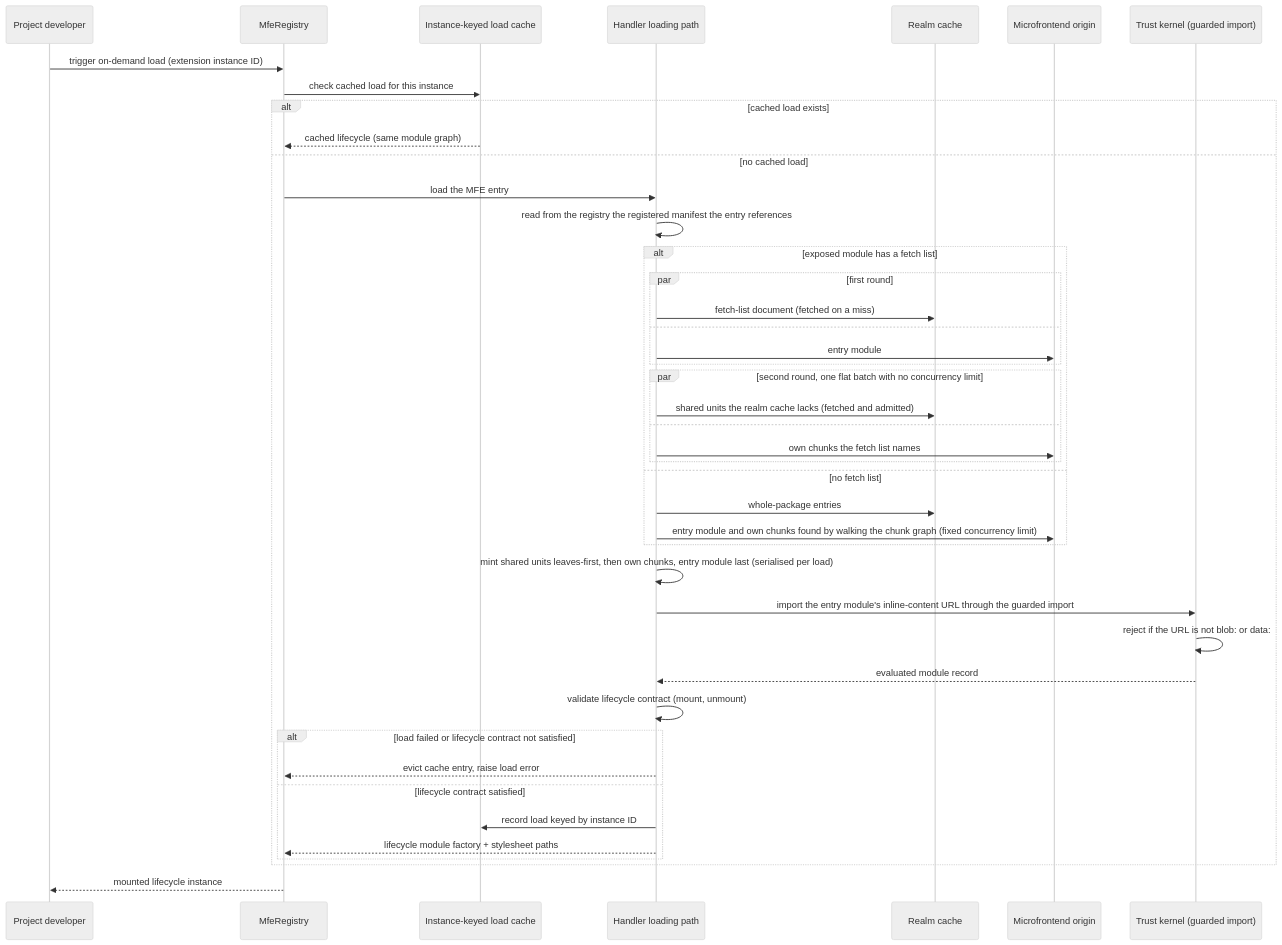
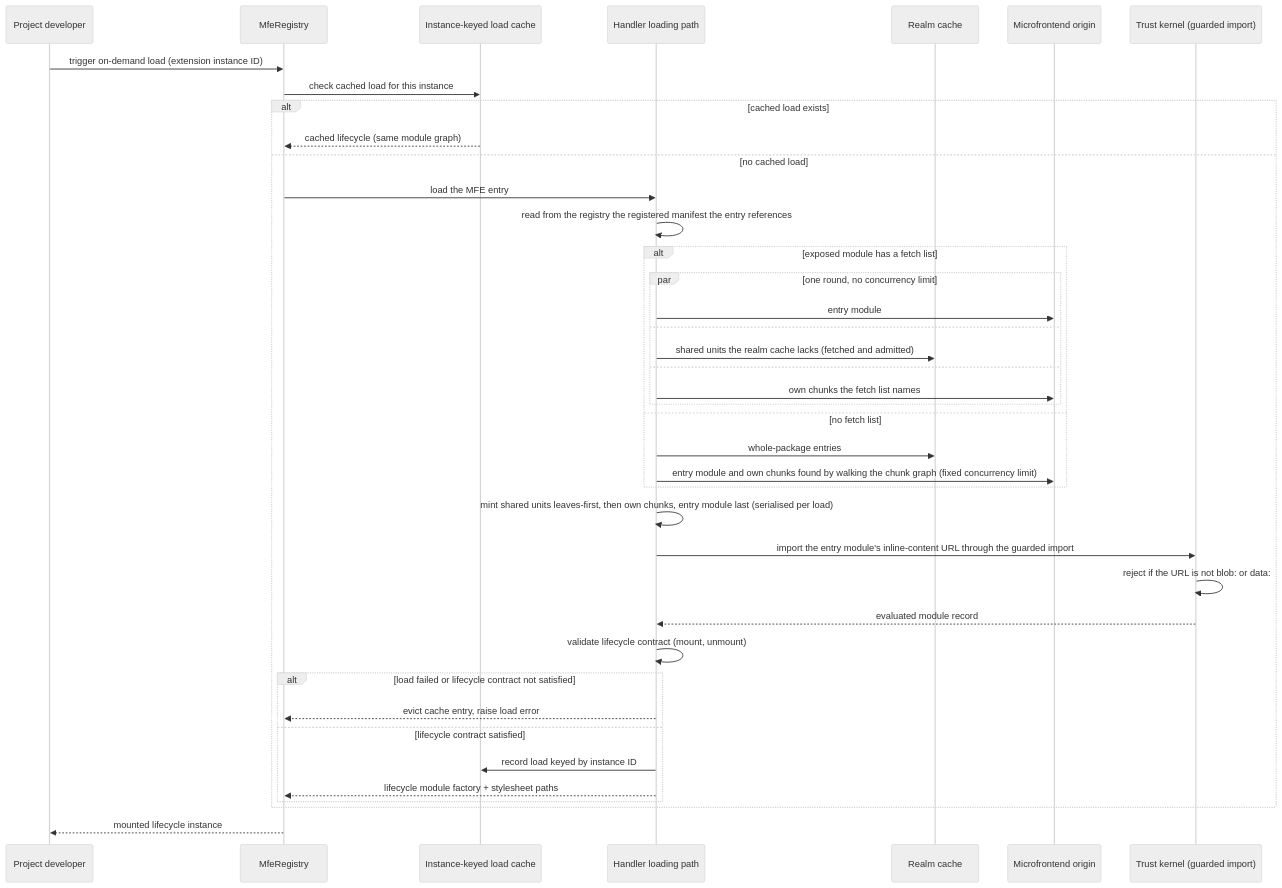
One commit to constructorfabric/gears-frontx changed the second of 5 diagrams in packages/mfes/architecture/DESIGN.md. Above: the diagram before and after it, drawn with Mermaid (neutral theme). The commit also changed other lines of this file and 9 other files, not shown here.

First line of the commit message:
docs(sdlc): hold fetch lists in the manifest; one-round loads

````diff
--- a/packages/mfes/architecture/DESIGN.md
+++ b/packages/mfes/architecture/DESIGN.md
@@ -390,45 +390,42 @@
 ```mermaid
 sequenceDiagram
     participant Dev as Project developer
     participant Reg as MfeRegistry
     participant Cache as Instance-keyed load cache
     participant Ld as Handler loading path
     participant RC as Realm cache
     participant Org as Microfrontend origin
     participant TK as Trust kernel (guarded import)
     Dev->>Reg: trigger on-demand load (extension instance ID)
     Reg->>Cache: check cached load for this instance
     alt cached load exists
         Cache-->>Reg: cached lifecycle (same module graph)
     else no cached load
         Reg->>Ld: load the MFE entry
         Ld->>Ld: read from the registry the registered manifest the entry references
         alt exposed module has a fetch list
-            par first round
-                Ld->>RC: fetch-list document (fetched on a miss)
+            par one round, no concurrency limit
+                Ld->>Org: entry module
             and
-                Ld->>Org: entry module
-            end
-            par second round, one flat batch with no concurrency limit
                 Ld->>RC: shared units the realm cache lacks (fetched and admitted)
             and
                 Ld->>Org: own chunks the fetch list names
             end
         else no fetch list
             Ld->>RC: whole-package entries
             Ld->>Org: entry module and own chunks found by walking the chunk graph (fixed concurrency limit)
         end
         Ld->>Ld: mint shared units leaves-first, then own chunks, entry module last (serialised per load)
         Ld->>TK: import the entry module's inline-content URL through the guarded import
         TK->>TK: reject if the URL is not blob: or data:
         TK-->>Ld: evaluated module record
         Ld->>Ld: validate lifecycle contract (mount, unmount)
         alt load failed or lifecycle contract not satisfied
             Ld-->>Reg: evict cache entry, raise load error
         else lifecycle contract satisfied
             Ld->>Cache: record load keyed by instance ID
             Ld-->>Reg: lifecycle module factory + stylesheet paths
         end
     end
     Reg-->>Dev: mounted lifecycle instance
 ```
````
